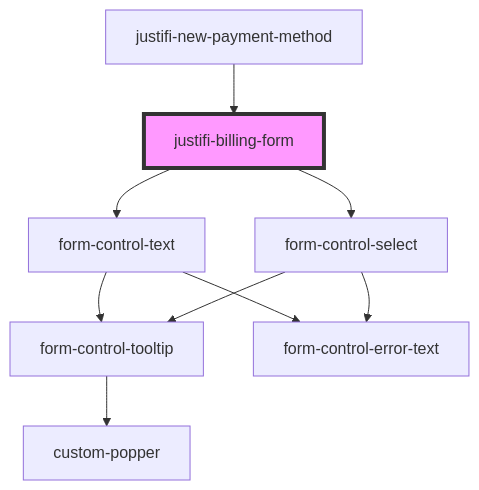
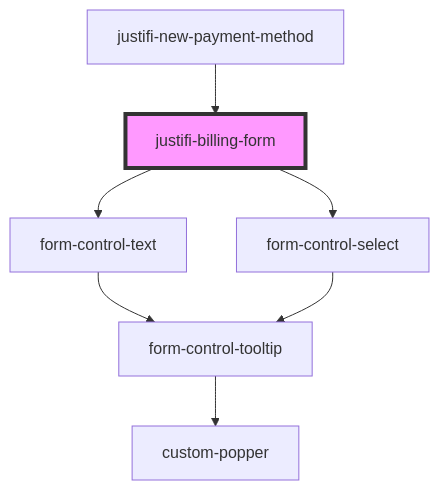
The diagram in packages/webcomponents/src/components/billing-form/readme.md (justifi-tech/web-component-library), drawn with Mermaid before and after one commit. The commit also changed 23 other files, not shown here.

````diff
--- a/packages/webcomponents/src/components/billing-form/readme.md
+++ b/packages/webcomponents/src/components/billing-form/readme.md
@@ -66,12 +66,10 @@
 ```mermaid
 graph TD;
   justifi-billing-form --> form-control-text
   justifi-billing-form --> form-control-select
   form-control-text --> form-control-tooltip
-  form-control-text --> form-control-error-text
   form-control-tooltip --> custom-popper
   form-control-select --> form-control-tooltip
-  form-control-select --> form-control-error-text
   justifi-new-payment-method --> justifi-billing-form
   style justifi-billing-form fill:#f9f,stroke:#333,stroke-width:4px
 ```
````
